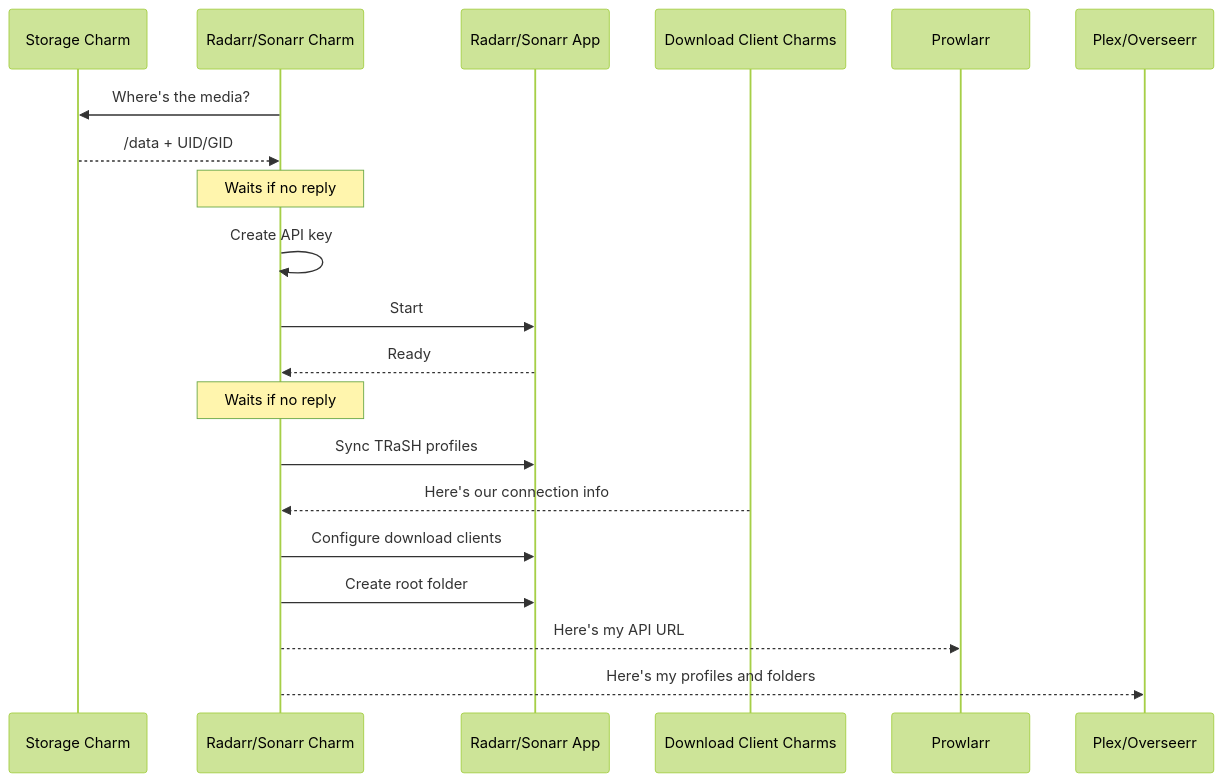
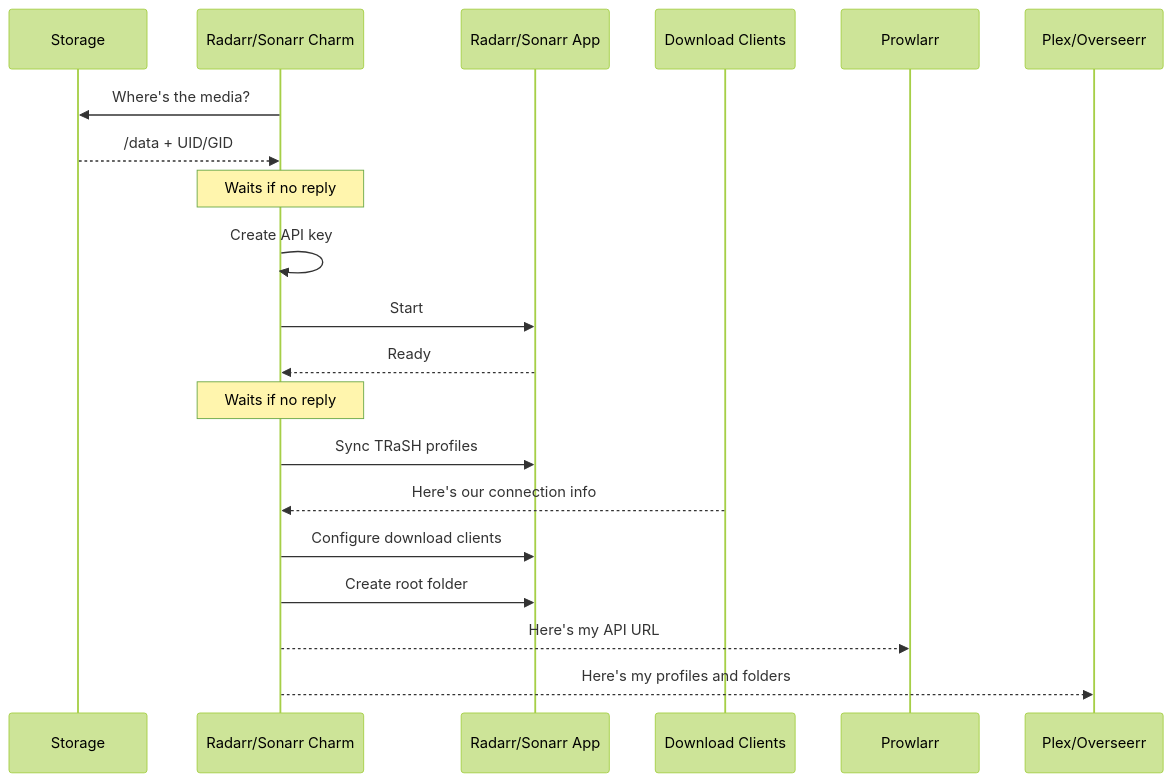
One commit to charmarr/charmarr changed the diagram in docs/charms/media-manager.md. Above: the diagram before and after it, drawn with Mermaid (forest theme). The commit also changed other lines of this file and 23 other files, not shown here.

````diff
--- a/docs/charms/media-manager.md
+++ b/docs/charms/media-manager.md
@@ -42,25 +42,25 @@
 ```mermaid
 sequenceDiagram
-    participant SC as Storage Charm
+    participant Storage
     participant RC as Radarr/Sonarr Charm
     participant App as Radarr/Sonarr App
-    participant DC as Download Client Charms
+    participant DC as Download Clients
 
-    RC->>SC: Where's the media?
-    SC-->>RC: /data + UID/GID
+    RC->>Storage: Where's the media?
+    Storage-->>RC: /data + UID/GID
     Note over RC: Waits if no reply
 
     RC->>RC: Create API key
     RC->>App: Start
     App-->>RC: Ready
     Note over RC: Waits if no reply
 
     RC->>App: Sync TRaSH profiles
 
     DC-->>RC: Here's our connection info
     RC->>App: Configure download clients
 
     RC->>App: Create root folder
     RC-->>Prowlarr: Here's my API URL
     RC-->>Plex/Overseerr: Here's my profiles and folders
 ```
````
